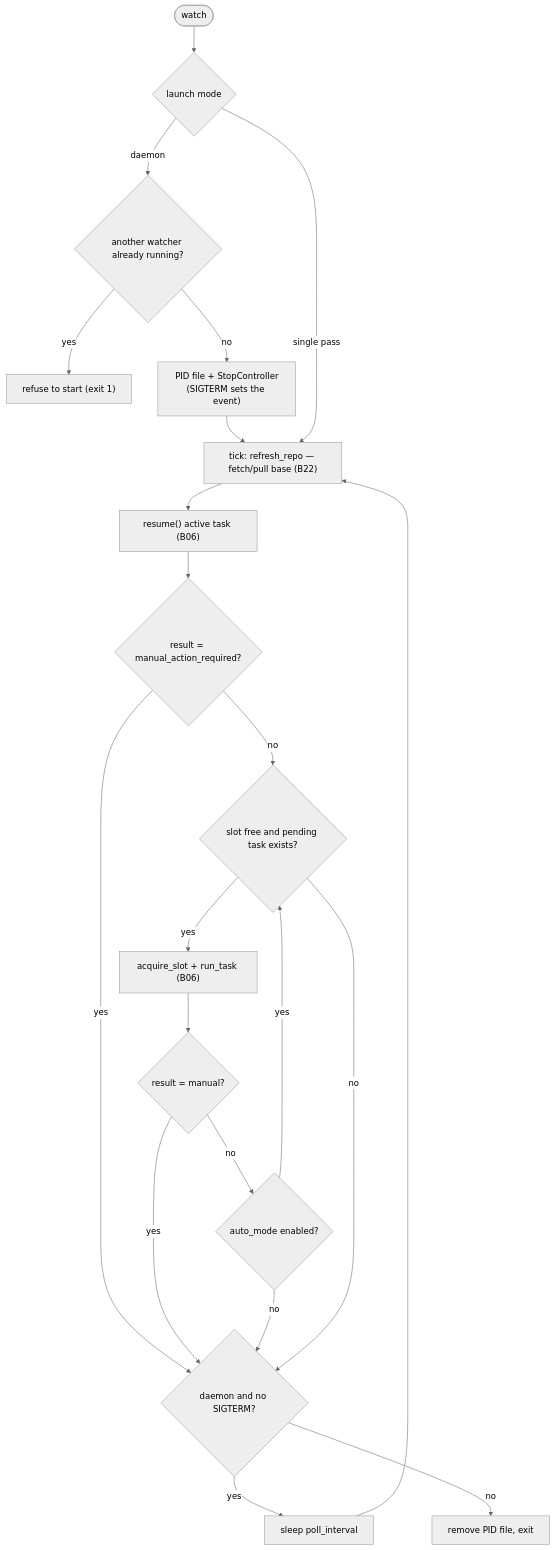
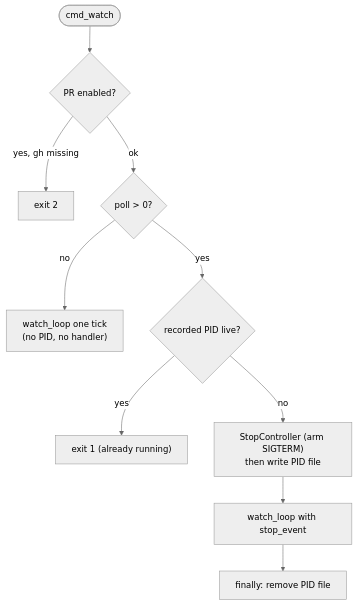
One commit to VladimirMakarevich/wastech-orchestrator changed the diagram in docs/functional/blocks/B02-watch-daemon-and-scheduling.md. Above: the diagram before and after it, drawn with Mermaid (neutral theme). The commit also changed other lines of this file and 39 other files, not shown here.

First line of the commit message:
docs: Add detailed documentation for new flows and components

````diff
--- a/docs/functional/blocks/B02-watch-daemon-and-scheduling.md
+++ b/docs/functional/blocks/B02-watch-daemon-and-scheduling.md
@@ -43,24 +61,12 @@
 ```mermaid
 flowchart TB
-    start(["watch"]) --> mode{"launch mode"}
-    mode -->|daemon| guard{"another watcher already running?"}
-    guard -->|yes| refuse["refuse to start (exit 1)"]
-    guard -->|no| pid["PID file + StopController<br/>(SIGTERM sets the event)"]
-    pid --> refresh
-    mode -->|"single pass"| refresh["tick: refresh_repo — fetch/pull base (B22)"]
-
-    refresh --> resume["resume() active task (B06)"]
-    resume --> mq{"result = manual_action_required?"}
-    mq -->|yes| sgate
-    mq -->|no| psel{"slot free and pending task exists?"}
-    psel -->|yes| run["acquire_slot + run_task (B06)"]
-    run --> rman{"result = manual?"}
-    rman -->|yes| sgate
-    rman -->|no| au{"auto_mode enabled?"}
-    au -->|yes| psel
-    au -->|no| sgate
-    psel -->|no| sgate{"daemon and no SIGTERM?"}
-    sgate -->|yes| sleep["sleep poll_interval"]
-    sleep --> refresh
-    sgate -->|no| cleanup["remove PID file, exit"]
+  start(["cmd_watch"]) --> gh{"PR enabled?"}
+  gh -->|yes, gh missing| fail2["exit 2"]
+  gh -->|ok| mode{"poll > 0?"}
+  mode -->|no| single["watch_loop one tick<br/>(no PID, no handler)"]
+  mode -->|yes| guard{"recorded PID live?"}
+  guard -->|yes| refuse["exit 1 (already running)"]
+  guard -->|no| arm["StopController (arm SIGTERM)<br/>then write PID file"]
+  arm --> loop["watch_loop with stop_event"]
+  loop --> fin["finally: remove PID file"]
 ```
````
